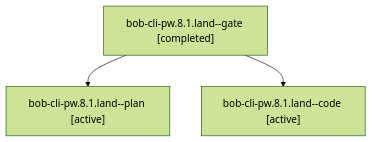
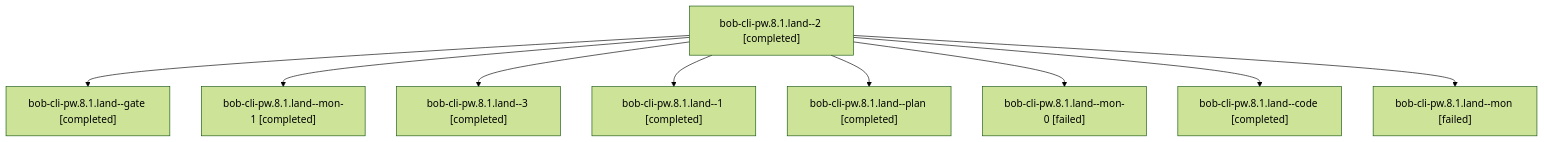
Before and after one commit to bobs-org/bob-cli--agents: the diagram in sessions/bbugyi200.apollo.bob-cli-pw.8.1.land.md, drawn with Mermaid (forest theme). The commit also changed other lines of this file and 147 other files, not shown here.

````diff
--- a/sessions/bbugyi200.apollo.bob-cli-pw.8.1.land.md
+++ b/sessions/bbugyi200.apollo.bob-cli-pw.8.1.land.md
@@ -9,8 +9,20 @@
 ```mermaid
 flowchart TD
-  n0["bob-cli-pw.8.1.land--gate [completed]"]
-  n1["bob-cli-pw.8.1.land--plan [active]"]
+  n0["bob-cli-pw.8.1.land--2 [completed]"]
+  n1["bob-cli-pw.8.1.land--gate [completed]"]
   n0 --> n1
-  n2["bob-cli-pw.8.1.land--code [active]"]
+  n2["bob-cli-pw.8.1.land--mon-1 [completed]"]
   n0 --> n2
+  n3["bob-cli-pw.8.1.land--3 [completed]"]
+  n0 --> n3
+  n4["bob-cli-pw.8.1.land--1 [completed]"]
+  n0 --> n4
+  n5["bob-cli-pw.8.1.land--plan [completed]"]
+  n0 --> n5
+  n6["bob-cli-pw.8.1.land--mon-0 [failed]"]
+  n0 --> n6
+  n7["bob-cli-pw.8.1.land--code [completed]"]
+  n0 --> n7
+  n8["bob-cli-pw.8.1.land--mon [failed]"]
+  n0 --> n8
 ```
````
